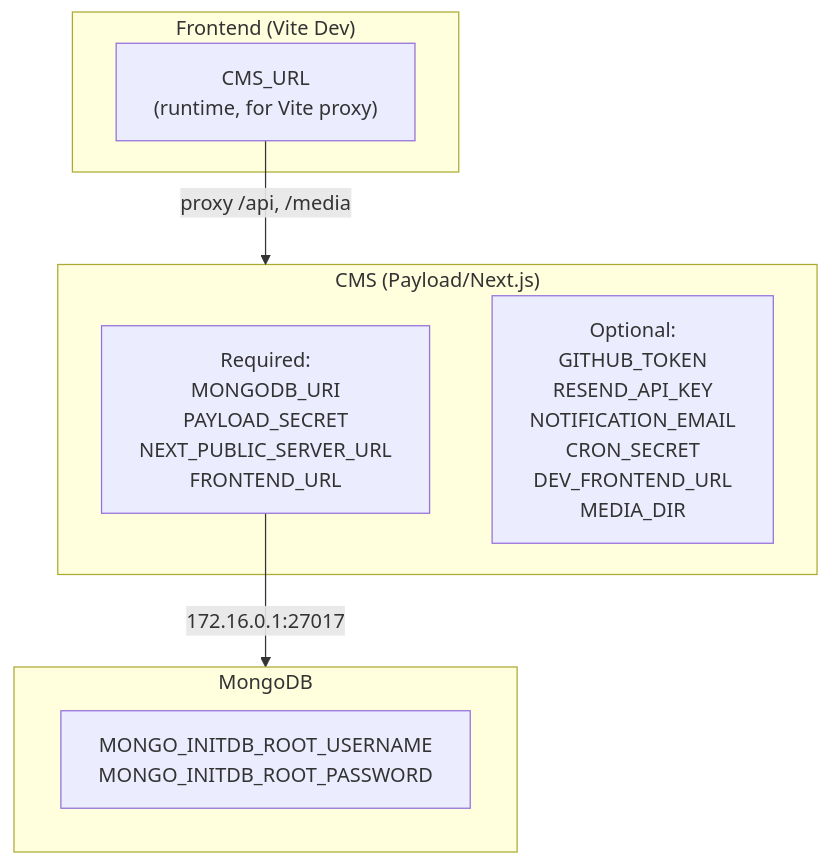
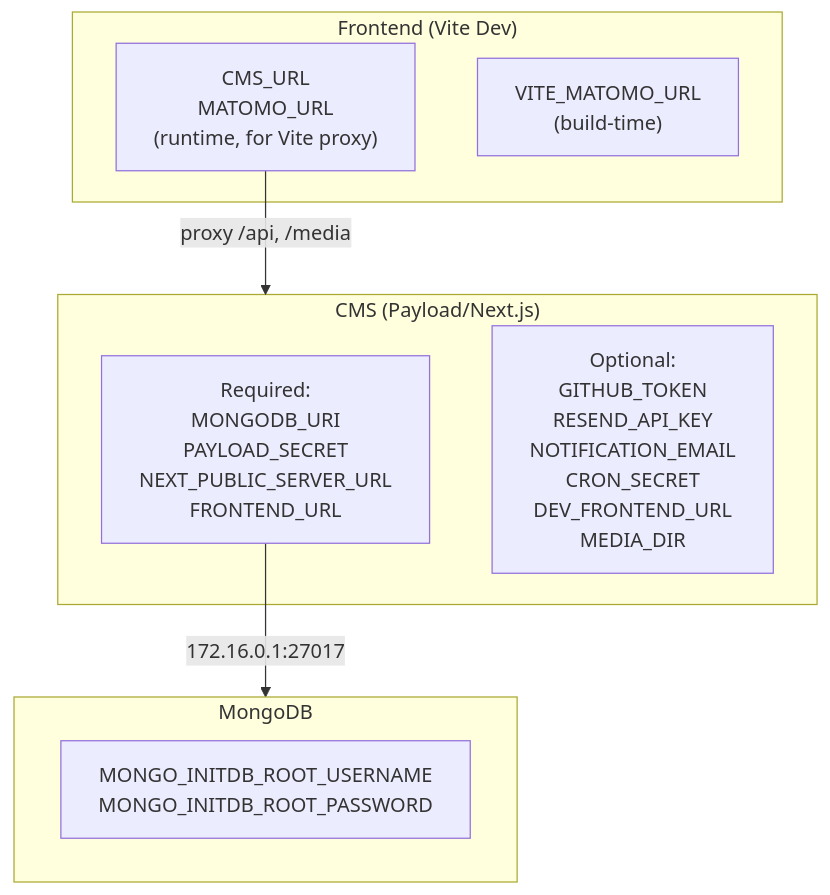
Before and after one commit to galengreen/galen.green: the diagram in docs/ENVIRONMENT.md, drawn with Mermaid. The commit also changed other lines of this file and 6 other files, not shown here.

````diff
--- a/docs/ENVIRONMENT.md
+++ b/docs/ENVIRONMENT.md
@@ -7,18 +7,19 @@
 ```mermaid
 flowchart TB
     subgraph Frontend["Frontend (Vite Dev)"]
-        FE_ENV["CMS_URL<br/>(runtime, for Vite proxy)"]
+        FE_ENV["CMS_URL<br/>MATOMO_URL<br/>(runtime, for Vite proxy)"]
+        FE_BUILD["VITE_MATOMO_URL<br/>(build-time)"]
     end
 
     subgraph CMS["CMS (Payload/Next.js)"]
         CMS_REQ["Required:<br/>MONGODB_URI<br/>PAYLOAD_SECRET<br/>NEXT_PUBLIC_SERVER_URL<br/>FRONTEND_URL"]
         CMS_OPT["Optional:<br/>GITHUB_TOKEN<br/>RESEND_API_KEY<br/>NOTIFICATION_EMAIL<br/>CRON_SECRET<br/>DEV_FRONTEND_URL<br/>MEDIA_DIR"]
     end
 
     subgraph MongoDB["MongoDB"]
         DB_ENV["MONGO_INITDB_ROOT_USERNAME<br/>MONGO_INITDB_ROOT_PASSWORD"]
     end
 
     FE_ENV -->|"proxy /api, /media"| CMS
     CMS_REQ -->|"172.16.0.1:27017"| MongoDB
 ```
````
